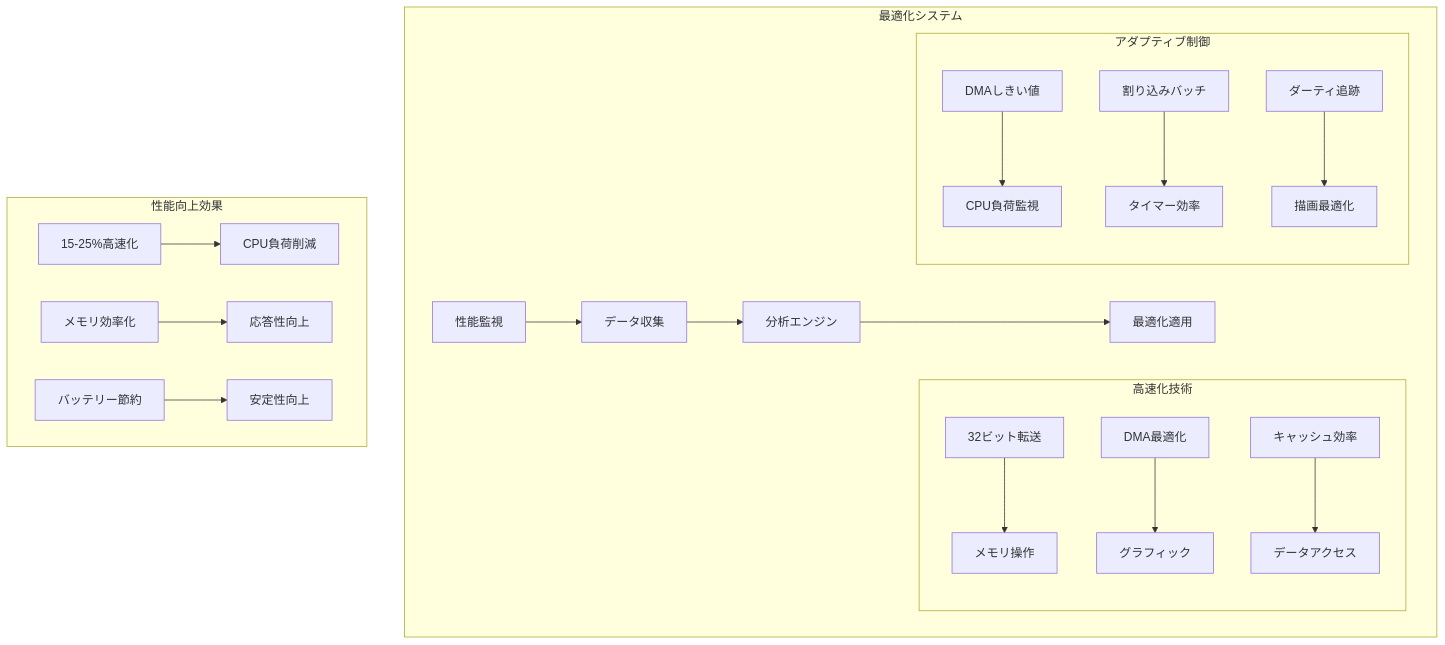
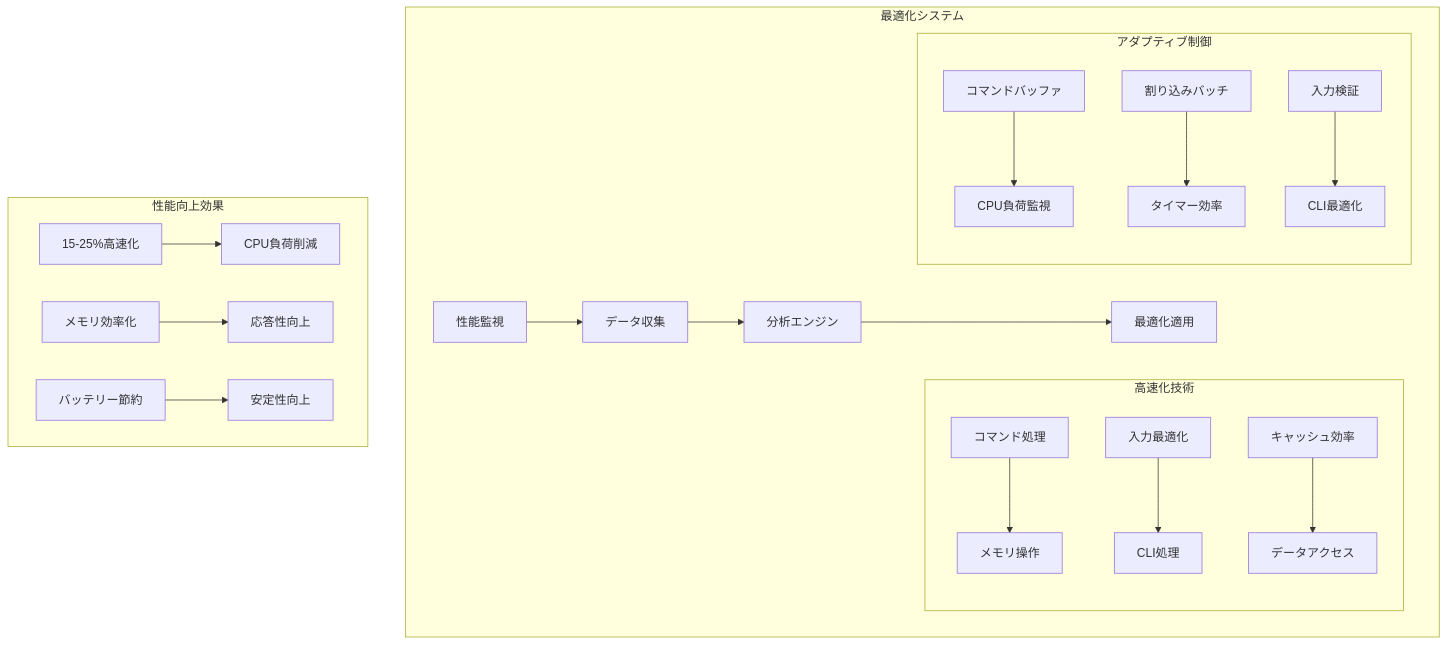
Before and after one commit to sokoide/ssos-68k: the tenth of 13 diagrams in ARCHITECTURE_jp.md, drawn with Mermaid. The commit also changed other lines of this file and 5 other files, not shown here.

````diff
--- a/ARCHITECTURE_jp.md
+++ b/ARCHITECTURE_jp.md
@@ -328,26 +326,26 @@
 ```mermaid
 graph TB
     subgraph "最適化システム"
         A[性能監視] --> B[データ収集]
         B --> C[分析エンジン]
         C --> D[最適化適用]
 
         subgraph "高速化技術"
-            E[32ビット転送] --> F[メモリ操作]
-            G[DMA最適化] --> H[グラフィック]
+            E[コマンド処理] --> F[メモリ操作]
+            G[入力最適化] --> H[CLI処理]
             I[キャッシュ効率] --> J[データアクセス]
         end
 
         subgraph "アダプティブ制御"
-            K[DMAしきい値] --> L[CPU負荷監視]
+            K[コマンドバッファ] --> L[CPU負荷監視]
             M[割り込みバッチ] --> N[タイマー効率]
-            O[ダーティ追跡] --> P[描画最適化]
+            O[入力検証] --> P[CLI最適化]
         end
     end
 
     subgraph "性能向上効果"
         Q[15-25%高速化] --> R[CPU負荷削減]
         S[メモリ効率化] --> T[応答性向上]
         U[バッテリー節約] --> V[安定性向上]
     end
 ```
````
